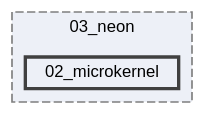
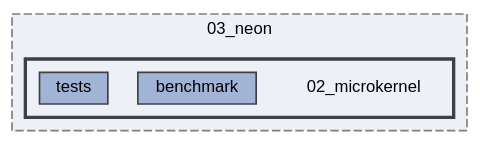
The diagram in dir_e6eb231c0e4101fda6c4d8d8fac3babc_dep.dot (Shad00Z/machine-learning-compilers), drawn with Graphviz before and after one commit. The commit also changed 30 other files, not shown here.

```diff
--- a/dir_e6eb231c0e4101fda6c4d8d8fac3babc_dep.dot
+++ b/dir_e6eb231c0e4101fda6c4d8d8fac3babc_dep.dot
@@ -1,12 +1,17 @@
 digraph "/home/runner/work/machine-learning-compilers/machine-learning-compilers/src/submissions/03_neon/02_microkernel"
 {
  // LATEX_PDF_SIZE
   bgcolor="transparent";
   edge [fontname=Helvetica,fontsize=10,labelfontname=Helvetica,labelfontsize=10];
   node [fontname=Helvetica,fontsize=10,shape=box,height=0.2,width=0.4];
   compound=true
   subgraph clusterdir_b2c563f7bf427f5a0c17c9a95cb1f2fd {
     graph [ bgcolor="#edf0f7", pencolor="grey50", label="03_neon", fontname=Helvetica,fontsize=10 style="filled,dashed", URL="dir_b2c563f7bf427f5a0c17c9a95cb1f2fd.html",tooltip=""]
-  dir_e6eb231c0e4101fda6c4d8d8fac3babc [label="02_microkernel", fillcolor="#edf0f7", color="grey25", style="filled,bold", URL="dir_e6eb231c0e4101fda6c4d8d8fac3babc.html",tooltip=""];
+  subgraph clusterdir_e6eb231c0e4101fda6c4d8d8fac3babc {
+    graph [ bgcolor="#edf0f7", pencolor="grey25", label="", fontname=Helvetica,fontsize=10 style="filled,bold", URL="dir_e6eb231c0e4101fda6c4d8d8fac3babc.html",tooltip=""]
+    dir_e6eb231c0e4101fda6c4d8d8fac3babc [shape=plaintext, label="02_microkernel"];
+  dir_d5427c8d199f1e3962233e4ae426a516 [label="benchmark", fillcolor="#a2b4d6", color="grey25", style="filled", URL="dir_d5427c8d199f1e3962233e4ae426a516.html",tooltip=""];
+  dir_0368d9aa12c340e330b73559723964af [label="tests", fillcolor="#a2b4d6", color="grey25", style="filled", URL="dir_0368d9aa12c340e330b73559723964af.html",tooltip=""];
+  }
   }
 }
```
